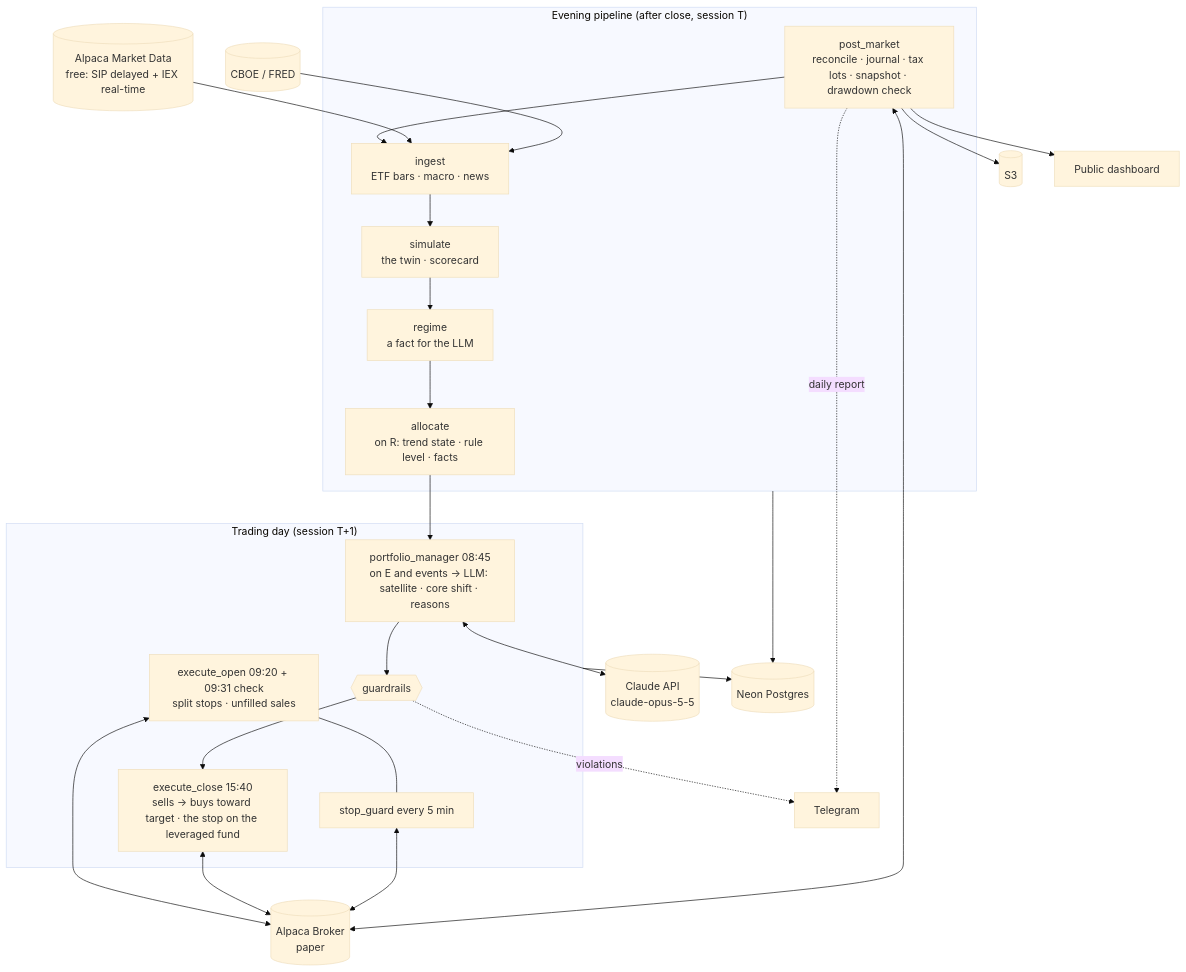
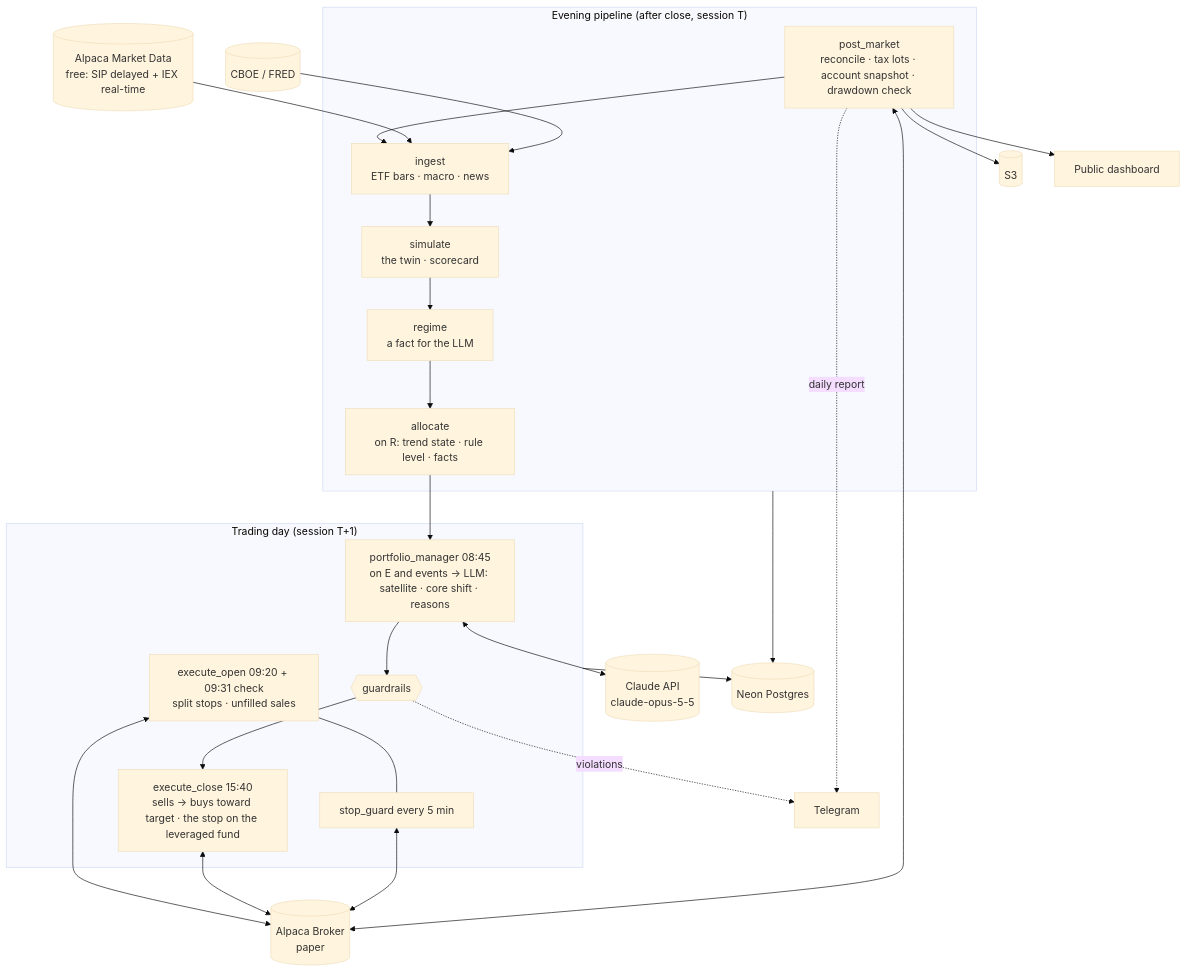
Before and after one commit to Dima252/AuraTrade: the diagram in README.md, drawn with Mermaid (base theme). The commit also changed other lines of this file and 26 other files, not shown here.

````diff
--- a/README.md
+++ b/README.md
@@ -54,46 +54,46 @@
 ```mermaid
 flowchart TD
     subgraph EVE["Evening pipeline (after close, session T)"]
-        PM1[post_market<br/>reconcile · journal · tax lots · snapshot · drawdown check]
+        PM1[post_market<br/>reconcile · tax lots · account snapshot · drawdown check]
         ING[ingest<br/>ETF bars · macro · news]
         SIM[simulate<br/>the twin · scorecard]
         REG[regime<br/>a fact for the LLM]
         ALC[allocate<br/>on R: trend state · rule level · facts]
         PM1 --> ING --> SIM --> REG --> ALC
     end
 
     subgraph DAY["Trading day (session T+1)"]
         PMG[portfolio_manager 08:45<br/>on E and events → LLM: satellite · core shift · reasons]
         GR{{guardrails}}
         EXO[execute_open 09:20 + 09:31 check<br/>split stops · unfilled sales]
         EXC[execute_close 15:40<br/>sells → buys toward target · the stop on the leveraged fund]
         SG[stop_guard every 5 min]
         PMG --> GR --> EXC
         EXO --- SG
     end
 
     ALC --> PMG
 
     ALPD[(Alpaca Market Data<br/>free: SIP delayed + IEX real-time)]
     ALPB[(Alpaca Broker<br/>paper)]
     MAC[(CBOE / FRED)]
     CL[(Claude API<br/>claude-opus-5-5)]
     DB[(Neon Postgres)]
     S3[(S3)]
     TG[Telegram]
     WEB[Public dashboard]
 
     ALPD --> ING
     MAC --> ING
     PMG <--> CL
     EXO <--> ALPB
     EXC <--> ALPB
     SG <--> ALPB
     PM1 <--> ALPB
     EVE --> DB
     DAY --> DB
     PM1 --> S3
     PM1 --> WEB
     GR -. violations .-> TG
     PM1 -. daily report .-> TG
 ```
````
